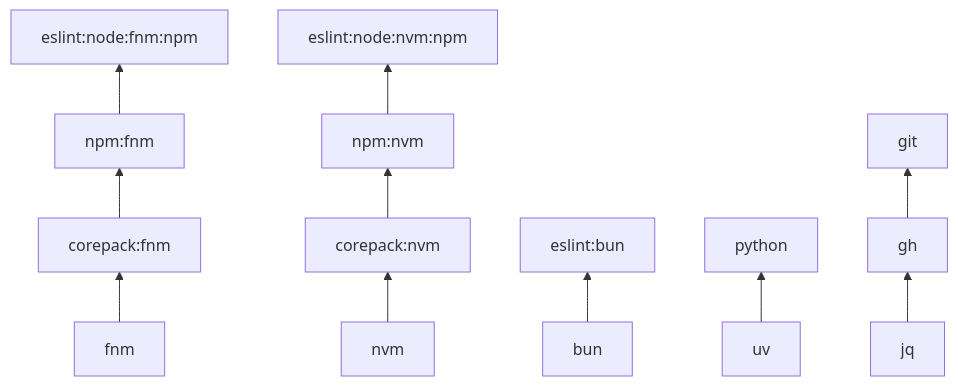
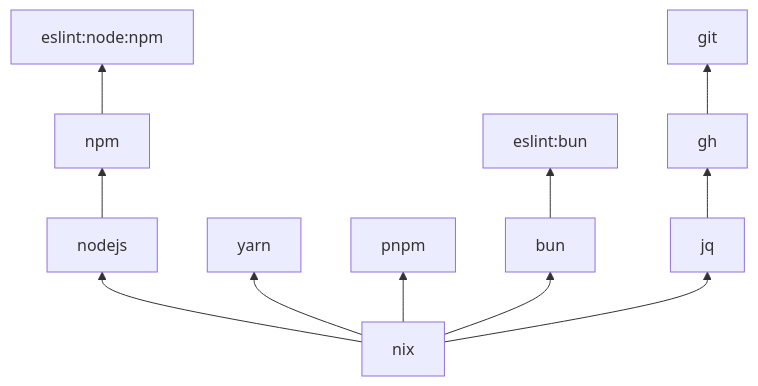
The diagram in README.md (task-otter/store), drawn with Mermaid before and after one commit. The commit also changed other lines of this file and 523 other files, not shown here.

````diff
--- a/README.md
+++ b/README.md
@@ -79,16 +82,14 @@
 ```mermaid
 flowchart BT
-  fnm --> corepack_fnm["corepack:fnm"]
-  corepack_fnm --> npm_fnm["npm:fnm"]
-  npm_fnm --> eslint_fnm_npm["eslint:node:fnm:npm"]
-
-  nvm --> corepack_nvm["corepack:nvm"]
-  corepack_nvm --> npm_nvm["npm:nvm"]
-  npm_nvm --> eslint_nvm_npm["eslint:node:nvm:npm"]
-
+  nix --> nodejs
+  nodejs --> npm
+  nix --> yarn
+  nix --> pnpm
+  nix --> bun
+  npm --> eslint_npm["eslint:node:npm"]
   bun --> eslint_bun["eslint:bun"]
 
-  uv --> python
+  nix --> jq
   jq --> gh
   gh --> git
 ```
````
